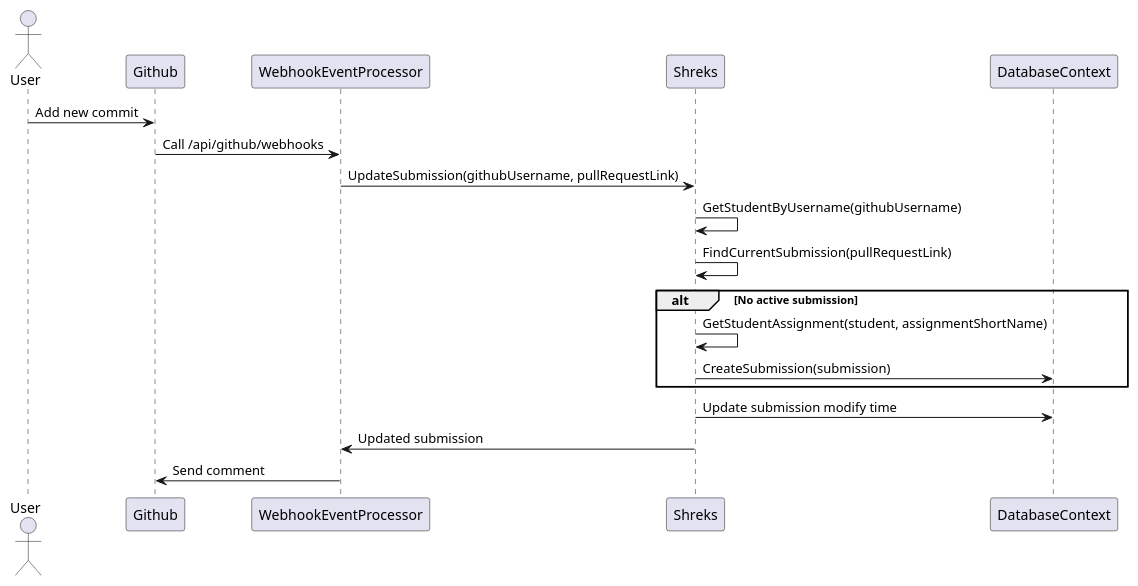
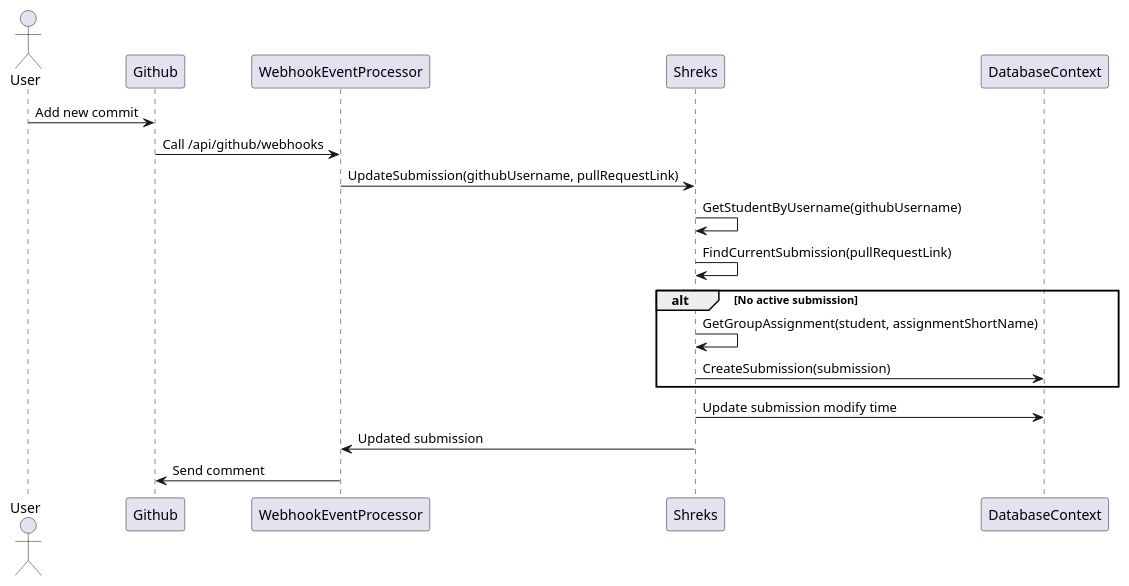
Before and after one commit to kysect/Shreks: the diagram in Docs/GithubIntegration/AddCommitToPullRequest.puml, drawn with PlantUML. The commit also changed 1 other file, not shown here.

Commit message:
fix: replace assignment with group assignment in diagrams

```diff
--- a/Docs/GithubIntegration/AddCommitToPullRequest.puml
+++ b/Docs/GithubIntegration/AddCommitToPullRequest.puml
@@ -1,22 +1,22 @@
 @startuml Add commit to PR
 
 actor User
 
 User -> Github : Add new commit
 Github -> WebhookEventProcessor : Call /api/github/webhooks
 
 WebhookEventProcessor -> Shreks : UpdateSubmission(githubUsername, pullRequestLink)
 Shreks -> Shreks : GetStudentByUsername(githubUsername)
 Shreks -> Shreks : FindCurrentSubmission(pullRequestLink)
 
 alt No active submission
-    Shreks -> Shreks : GetStudentAssignment(student, assignmentShortName)
+    Shreks -> Shreks : GetGroupAssignment(student, assignmentShortName)
     Shreks -> DatabaseContext : CreateSubmission(submission)
 end
 
 Shreks -> DatabaseContext : Update submission modify time
 
 Shreks -> WebhookEventProcessor : Updated submission
 WebhookEventProcessor -> Github : Send comment
 
 @enduml
```
